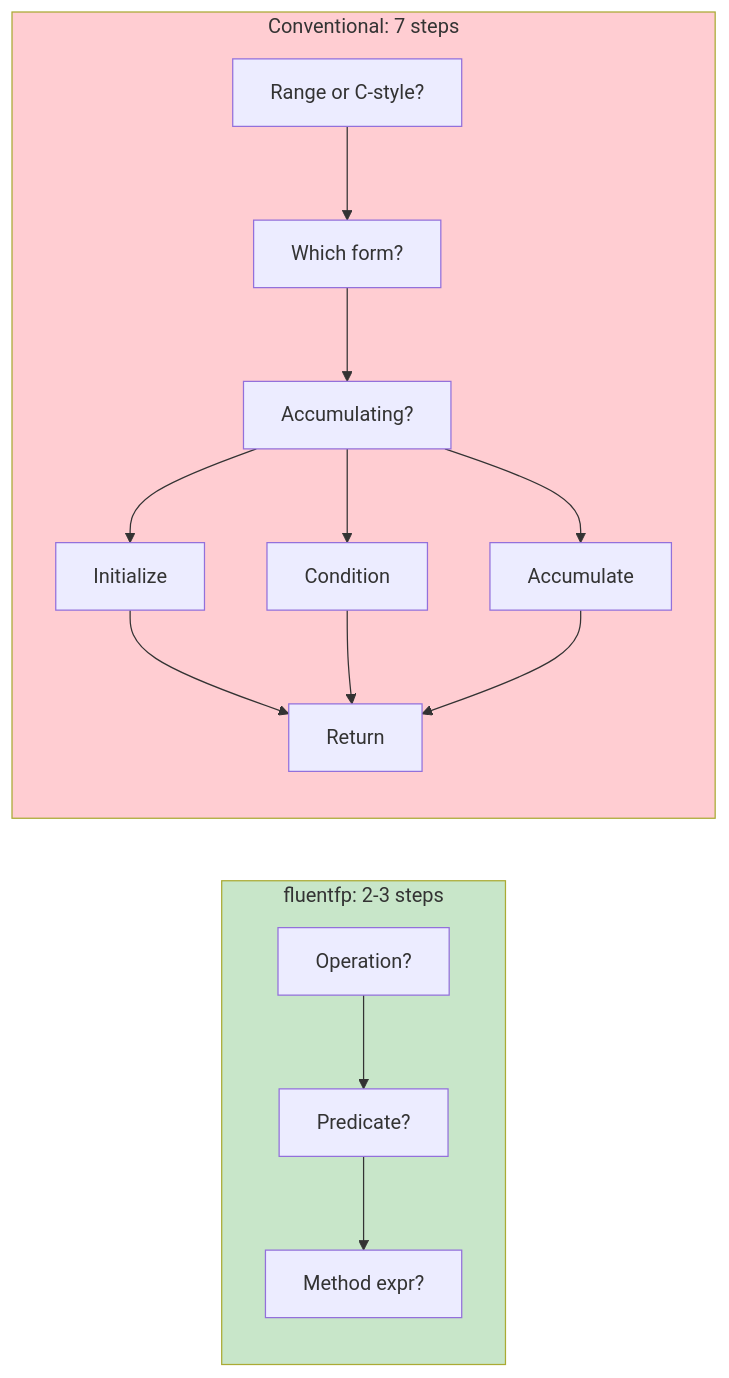
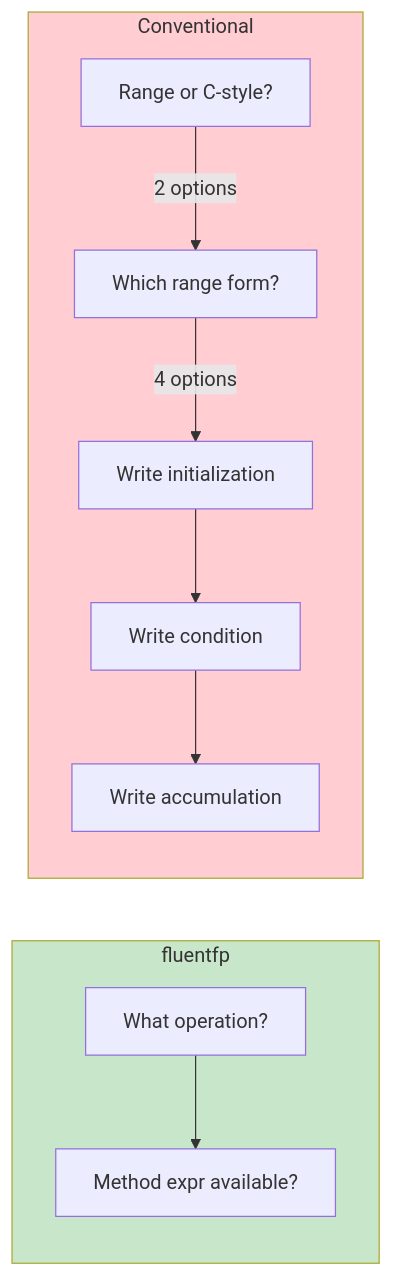
Before and after one commit to binaryphile/fluentfp: the third of 4 diagrams in analysis.md, drawn with Mermaid. The commit also changed other lines of this file, not shown here.

````diff
--- a/analysis.md
+++ b/analysis.md
@@ -62,20 +62,16 @@
 ```mermaid
 flowchart LR
-    subgraph fluentfp["fluentfp: 2-3 steps"]
-        F1["Operation?"] --> F2["Predicate?"]
-        F2 --> F3["Method expr?"]
+    subgraph fluentfp["fluentfp"]
+        F1["What operation?"] --> F2["Method expr available?"]
     end
 
-    subgraph Conventional["Conventional: 7 steps"]
-        C1["Range or C-style?"] --> C2["Which form?"] --> C3["Accumulating?"]
-        C3 --> C4["Initialize"]
-        C3 --> C5["Condition"]
-        C3 --> C6["Accumulate"]
-        C4 --> C7["Return"]
-        C5 --> C7
-        C6 --> C7
+    subgraph Conventional["Conventional"]
+        C1["Range or C-style?"] -->|"2 options"| C2["Which range form?"]
+        C2 -->|"4 options"| C3["Write initialization"]
+        C3 --> C4["Write condition"]
+        C4 --> C5["Write accumulation"]
     end
 
     style fluentfp fill:#c8e6c9
     style Conventional fill:#ffcdd2
 ```
````
